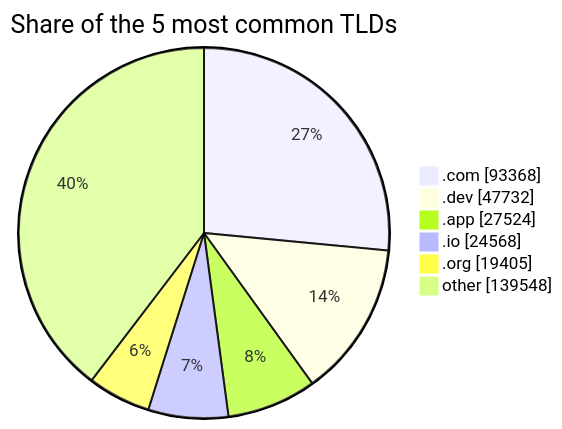
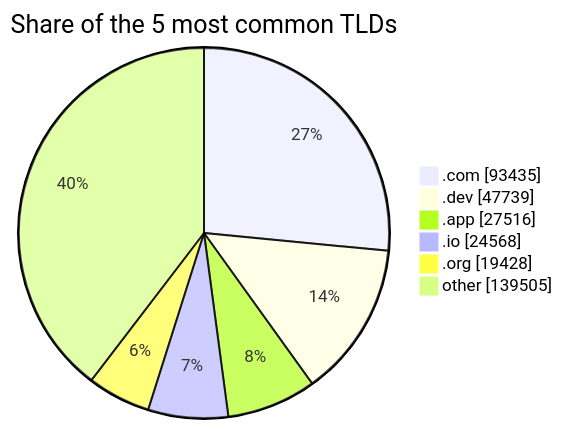
One commit to DNSBunker/CTI changed the third of 3 diagrams in README.md. Above: the diagram before and after it, drawn with Mermaid. The commit also changed other lines of this file and 3 other files, not shown here.

````diff
--- a/README.md
+++ b/README.md
@@ -81,9 +81,9 @@
 ```mermaid
 pie showData title Share of the 5 most common TLDs
-    ".com" : 93368
-    ".dev" : 47732
-    ".app" : 27524
+    ".com" : 93435
+    ".dev" : 47739
+    ".app" : 27516
     ".io" : 24568
-    ".org" : 19405
-    "other" : 139548
+    ".org" : 19428
+    "other" : 139505
 ```
````
